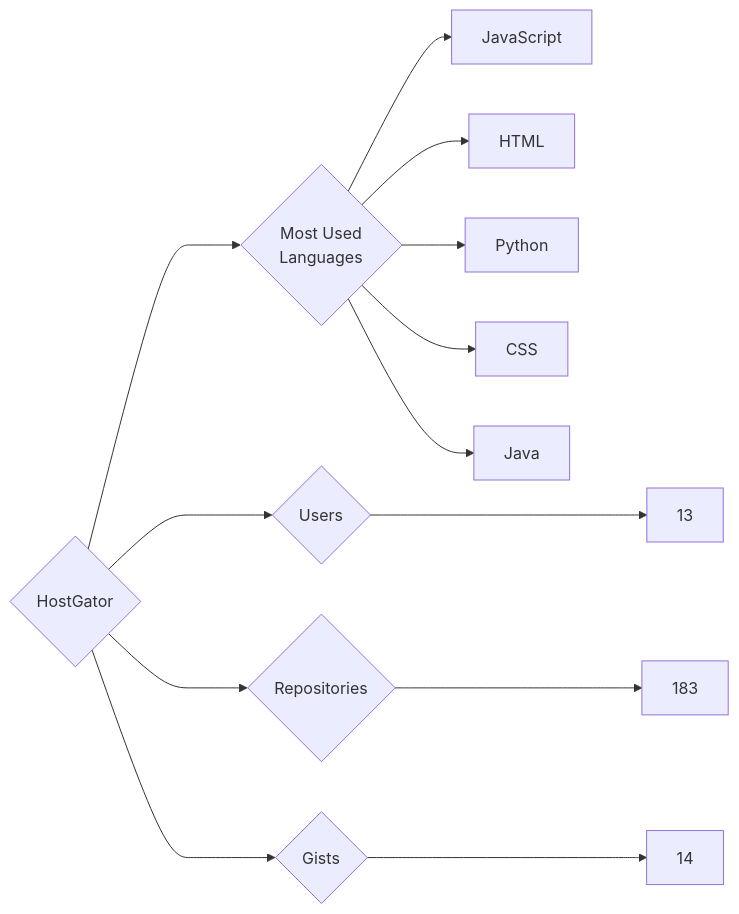
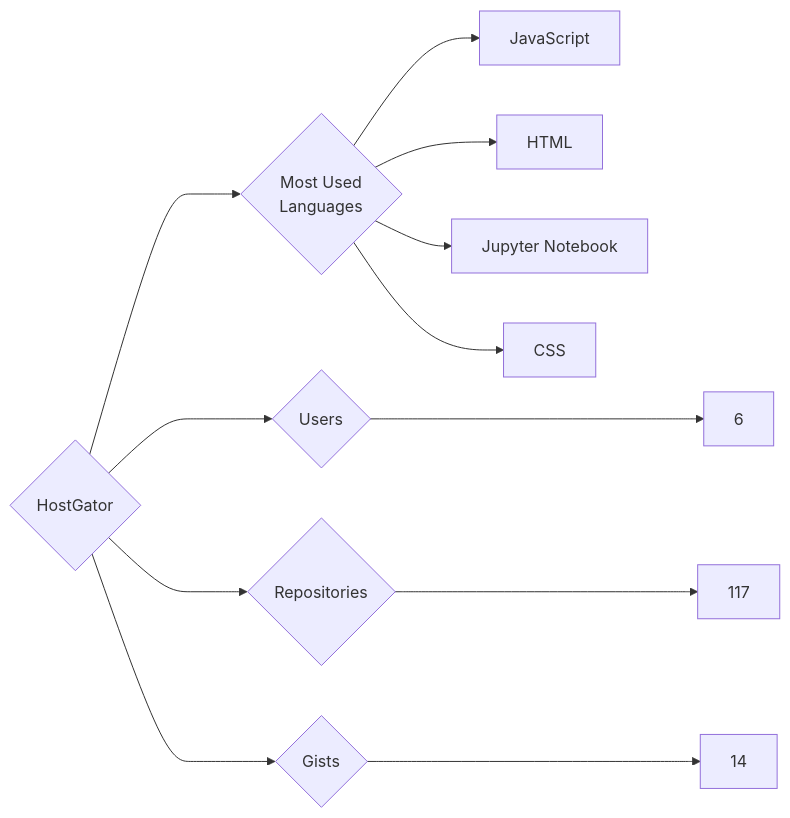
Before and after one commit to trickest/insiders: the diagram in targets/HostGator/README.md, drawn with Mermaid. The commit also changed 1092 other files, not shown here.

````diff
--- a/targets/HostGator/README.md
+++ b/targets/HostGator/README.md
@@ -3,13 +3,12 @@
 ```mermaid
 graph LR
 COMPANY_NAME{HostGator}
-COMPANY_NAME ---> U{Users} ---> UN[13]
-COMPANY_NAME ---> R{Repositories} ---> RN[183]
+COMPANY_NAME ---> U{Users} ---> UN[6]
+COMPANY_NAME ---> R{Repositories} ---> RN[117]
 COMPANY_NAME ---> G{Gists} ---> GN[14]
 COMPANY_NAME ---> ML{Most Used<br>Languages}
 ML --> JavaScript[JavaScript]
 ML --> HTML[HTML]
-ML --> Python[Python]
+ML --> Jupyter_Notebook[Jupyter Notebook]
 ML --> CSS[CSS]
-ML --> Java[Java]
 ```
````
